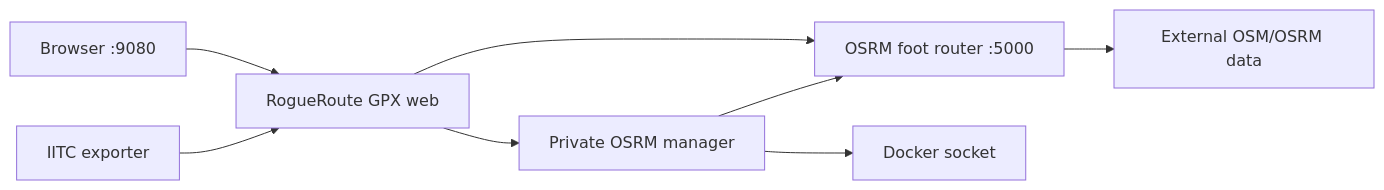
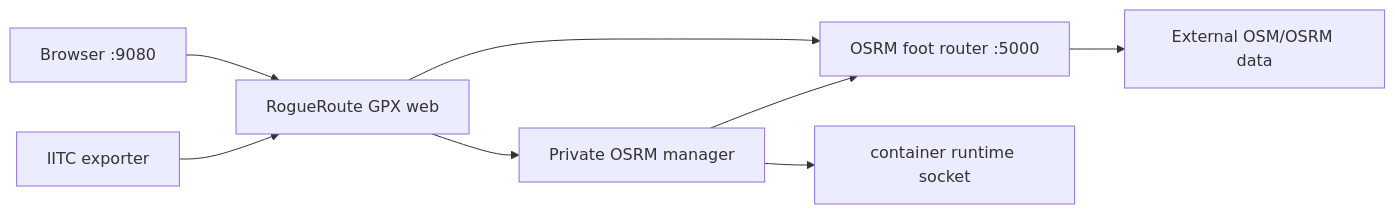
The diagram in README.md (RogueAssassin/RogueRoute-GPX), drawn with Mermaid before and after one commit. The commit also changed other lines of this file, not shown here.

````diff
--- a/README.md
+++ b/README.md
@@ -83,10 +83,10 @@
 ```mermaid
 flowchart LR
     Browser["Browser :9080"] --> Web["RogueRoute GPX web"]
     Web --> OSRM["OSRM foot router :5000"]
     Web --> Manager["Private OSRM manager"]
-    Manager --> Socket["Docker socket"]
+    Manager --> Socket["container runtime socket"]
     Manager --> OSRM
     OSRM --> Maps["External OSM/OSRM data"]
     IITC["IITC exporter"] --> Web
 ```
````
